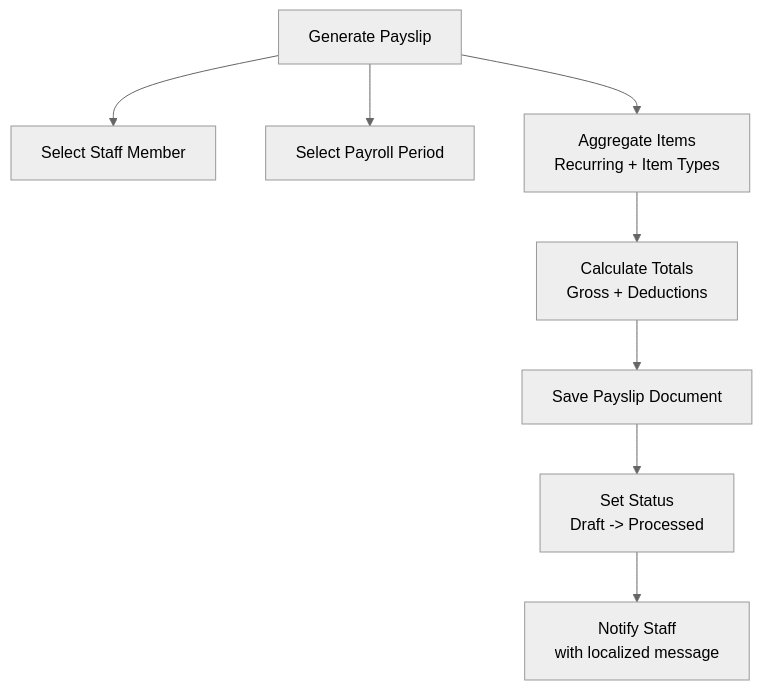
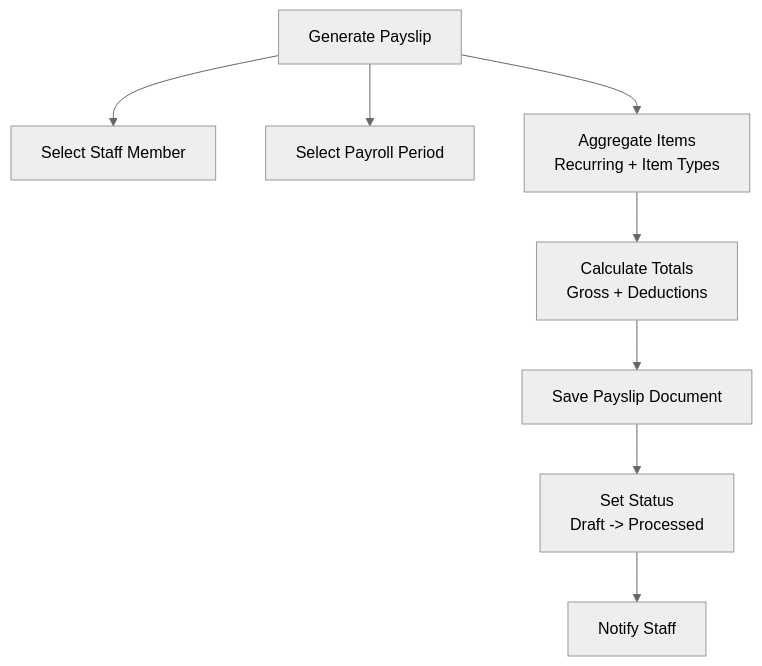
One commit to geniusdynamics/schoolpilot changed the ninth of 11 diagrams in .qoder/repowiki/en/content/Modules System/HR Module.md. Above: the diagram before and after it, drawn with Mermaid (neutral theme). The commit also changed other lines of this file and 311 other files, not shown here.

````diff
--- a/.qoder/repowiki/en/content/Modules System/HR Module.md
+++ b/.qoder/repowiki/en/content/Modules System/HR Module.md
@@ -576,10 +368,10 @@
 ```mermaid
 flowchart TD
 Generate["Generate Payslip"] --> Staff["Select Staff Member"]
 Generate --> Period["Select Payroll Period"]
 Generate --> Items["Aggregate Items<br/>Recurring + Item Types"]
 Items --> Calculate["Calculate Totals<br/>Gross + Deductions"]
 Calculate --> Save["Save Payslip Document"]
 Save --> Status["Set Status<br/>Draft -> Processed"]
-Status --> Notify["Notify Staff<br/>with localized message"]
+Status --> Notify["Notify Staff"]
 ```
````
